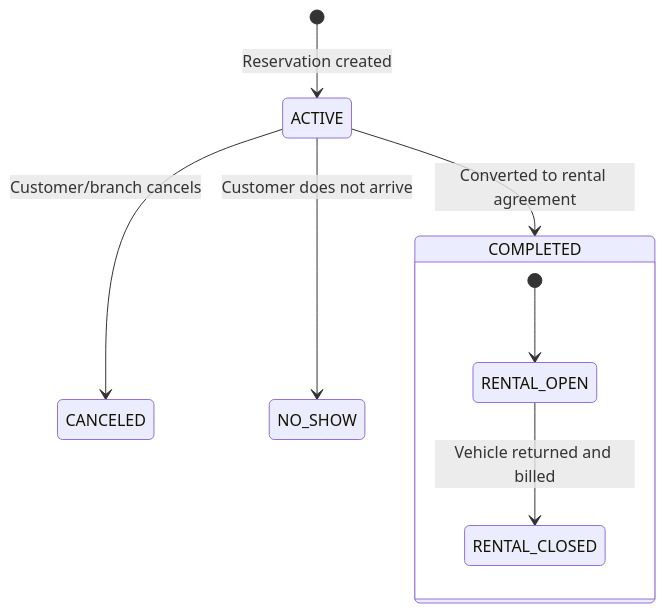
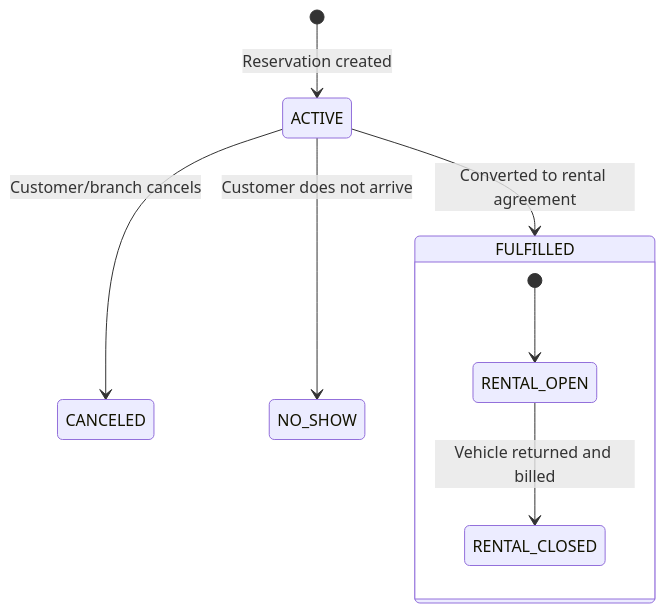
One commit to ga424/cs631_termproject changed the third of 3 diagrams in docs/USER_JOURNEYS.md. Above: the diagram before and after it, drawn with Mermaid. The commit also changed other lines of this file, not shown here.

Commit message:
feat: update reservation lifecycle states terminology from COMPLETED to FULFILLED for clarity

````diff
--- a/docs/USER_JOURNEYS.md
+++ b/docs/USER_JOURNEYS.md
@@ -64,12 +64,12 @@
 ```mermaid
 stateDiagram-v2
 	[*] --> ACTIVE: Reservation created
-	ACTIVE --> COMPLETED: Converted to rental agreement
+	ACTIVE --> FULFILLED: Converted to rental agreement
 	ACTIVE --> CANCELED: Customer/branch cancels
 	ACTIVE --> NO_SHOW: Customer does not arrive
 
-	state COMPLETED {
+	state FULFILLED {
 		[*] --> RENTAL_OPEN
 		RENTAL_OPEN --> RENTAL_CLOSED: Vehicle returned and billed
 	}
 ```
````
